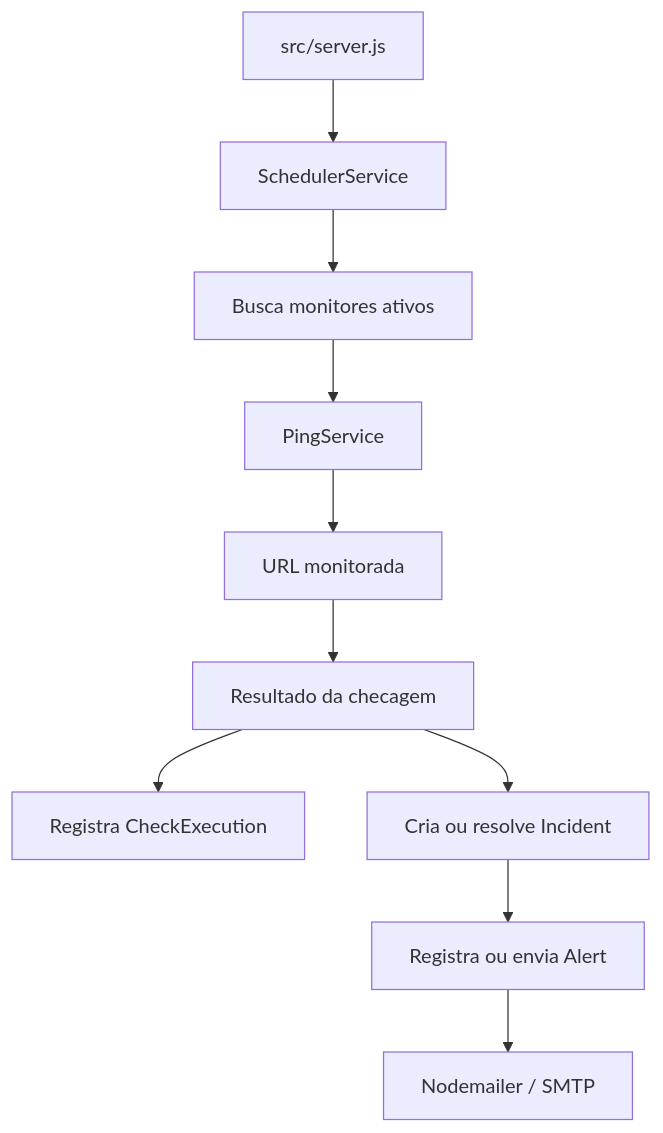
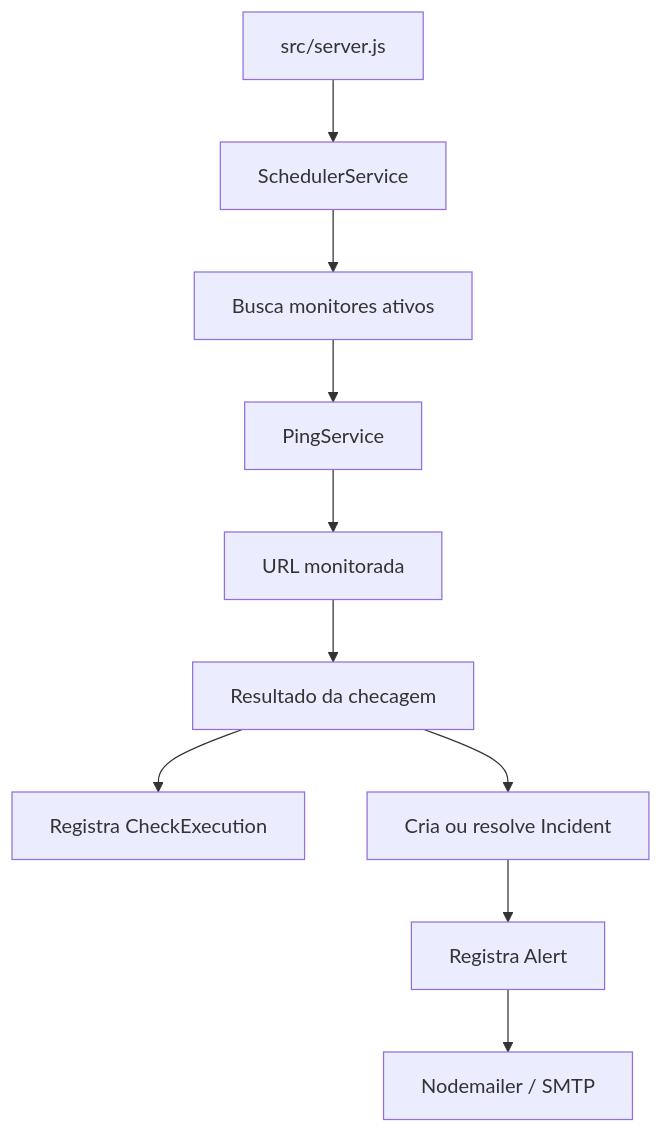
Before and after one commit to joaogsribeiro/uptime-core-api: the third of 6 diagrams in docs/architecture.md, drawn with Mermaid. The commit also changed other lines of this file and 4 other files, not shown here.

````diff
--- a/docs/architecture.md
+++ b/docs/architecture.md
@@ -88,12 +88,12 @@
 ```mermaid
 flowchart TD
     Server[src/server.js] --> Scheduler[SchedulerService]
     Scheduler --> Monitors[Busca monitores ativos]
     Monitors --> Ping[PingService]
     Ping --> Target[URL monitorada]
     Target --> Result[Resultado da checagem]
     Result --> Execution[Registra CheckExecution]
     Result --> Incident[Cria ou resolve Incident]
-    Incident --> Alert[Registra ou envia Alert]
+    Incident --> Alert[Registra Alert]
     Alert --> Mail[Nodemailer / SMTP]
 ```
````
